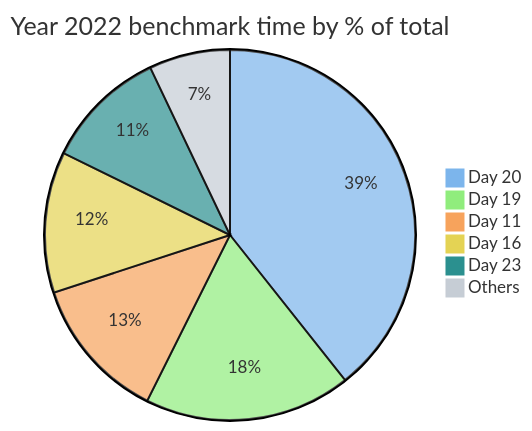
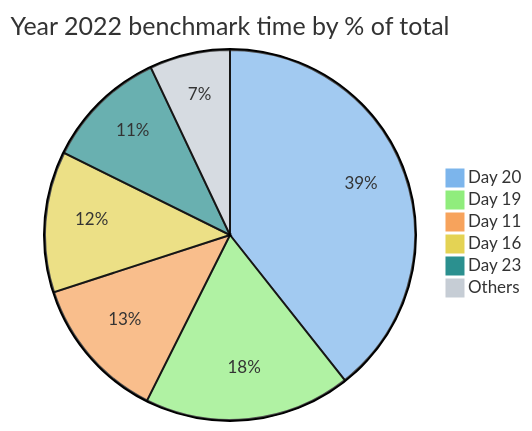
One commit to maneatingape/advent-of-code-rust changed the second of 4 diagrams in README.md. Above: the diagram before and after it, drawn with Mermaid. The commit also changed other lines of this file and 2 other files, not shown here.

Commit message:
Minor cleanups

````diff
--- a/README.md
+++ b/README.md
@@ -61,11 +61,11 @@
 ```mermaid
 %%{init: {'theme': 'base', 'themeVariables': { 'pie1': '#7cb5ec', 'pie2': '#90ed7d', 'pie3': '#f7a35c', 'pie4': '#e4d354', 'pie5': '#2b908f', 'pie6': '#c6cdd5'}}}%%
 pie
     title Year 2022 benchmark time by % of total
     "Day 20" : 7449
     "Day 19" : 3416
     "Day 11" : 2386
     "Day 16" : 2331
     "Day 23" : 2017
-    "Others" : 1340
+    "Others" : 1331
 ```
````
